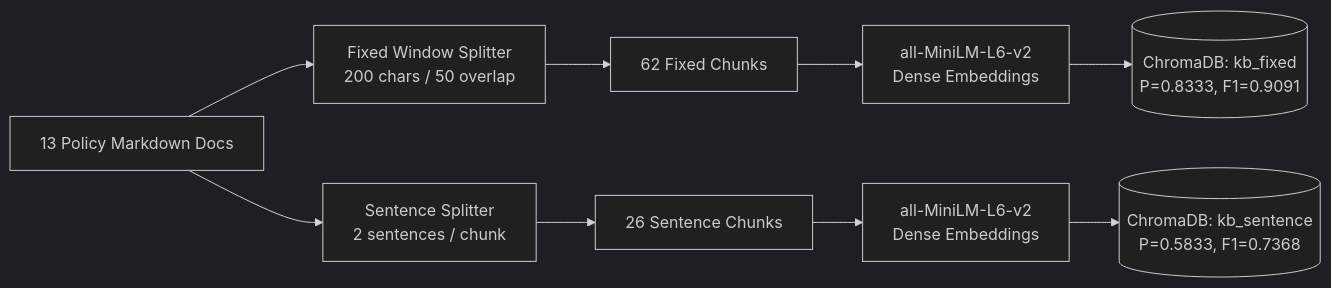
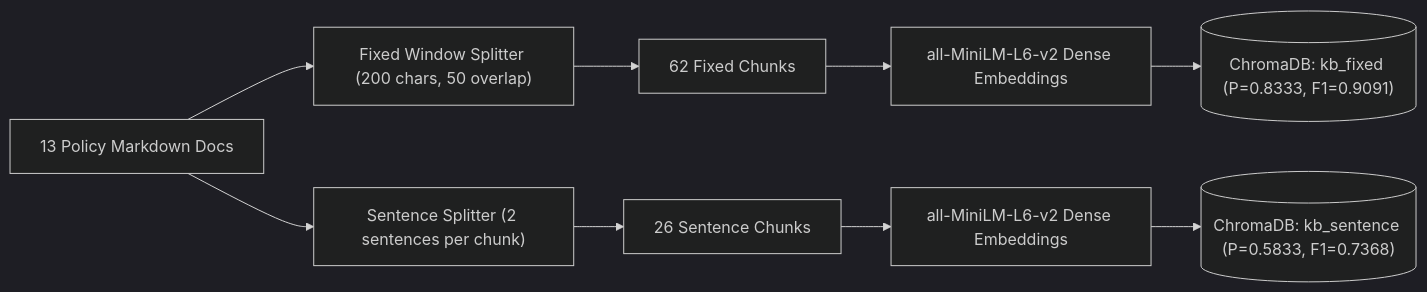
One commit to vidya-sagar-cx/credobot changed the second of 8 diagrams in architecture.md. Above: the diagram before and after it, drawn with Mermaid (dark theme). The commit also changed other lines of this file and 2 other files, not shown here.

Commit message:
docs: fix LaTeX math underscore rendering and Mermaid diagram parsing syntax

````diff
--- a/architecture.md
+++ b/architecture.md
@@ -88,14 +88,14 @@
 ```mermaid
 flowchart LR
-    Docs[13 Policy Markdown Docs] --> SplitFixed[Fixed Window Splitter<br/>200 chars / 50 overlap]
-    Docs --> SplitSent[Sentence Splitter<br/>2 sentences / chunk]
+    Docs["13 Policy Markdown Docs"] --> SplitFixed["Fixed Window Splitter (200 chars, 50 overlap)"]
+    Docs --> SplitSent["Sentence Splitter (2 sentences per chunk)"]
     
-    SplitFixed --> ChunksFixed[62 Fixed Chunks]
-    SplitSent --> ChunksSent[26 Sentence Chunks]
+    SplitFixed --> ChunksFixed["62 Fixed Chunks"]
+    SplitSent --> ChunksSent["26 Sentence Chunks"]
     
-    ChunksFixed --> LocalEmbed1[all-MiniLM-L6-v2<br/>Dense Embeddings]
-    ChunksSent --> LocalEmbed2[all-MiniLM-L6-v2<br/>Dense Embeddings]
+    ChunksFixed --> LocalEmbed1["all-MiniLM-L6-v2 Dense Embeddings"]
+    ChunksSent --> LocalEmbed2["all-MiniLM-L6-v2 Dense Embeddings"]
     
-    LocalEmbed1 --> ChromaFixed[(ChromaDB: kb_fixed<br/>P=0.8333, F1=0.9091)]
-    LocalEmbed2 --> ChromaSent[(ChromaDB: kb_sentence<br/>P=0.5833, F1=0.7368)]
+    LocalEmbed1 --> ChromaFixed[("ChromaDB: kb_fixed (P=0.8333, F1=0.9091)")]
+    LocalEmbed2 --> ChromaSent[("ChromaDB: kb_sentence (P=0.5833, F1=0.7368)")]
 ```
````
